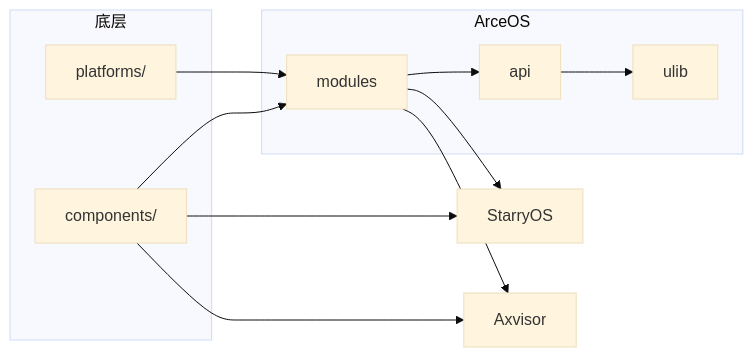
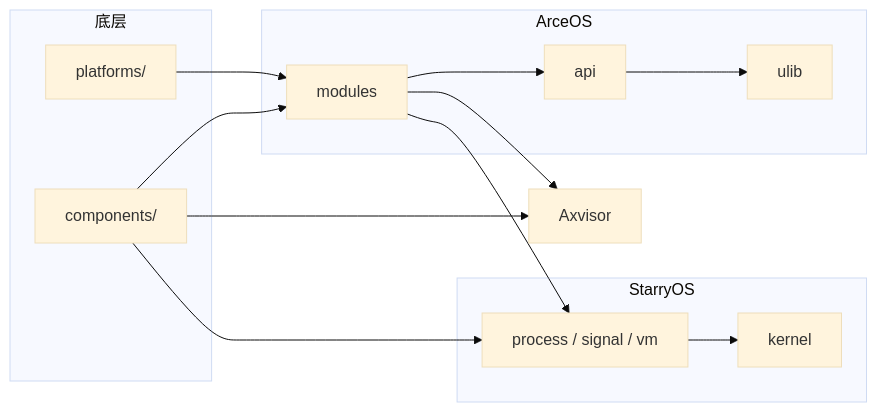
Before and after one commit to 451846939/tgoskits: the second of 2 diagrams in docs/docs/architecture/overview.md, drawn with Mermaid (base theme). The commit also changed other lines of this file and 62 other files, not shown here.

Commit message:
refactor(repo): move starry-process, starry-signal, and starry-vm to os/StarryOS (#1974)

````diff
--- a/docs/docs/architecture/overview.md
+++ b/docs/docs/architecture/overview.md
@@ -140,23 +142,27 @@
 ```mermaid
 flowchart LR
     subgraph 底层
         P["platforms/"]
         C["components/"]
     end
     subgraph ArceOS
         M["modules"]
         A["api"]
         U["ulib"]
     end
-    S["StarryOS"]
+    subgraph StarryOS
+        SC["process / signal / vm"]
+        S["kernel"]
+    end
     X["Axvisor"]
 
     P --> M
     C --> M
-    C --> S
+    C --> SC
     C --> X
     M --> A
     A --> U
-    M --> S
+    M --> SC
+    SC --> S
     M --> X
 ```
````
